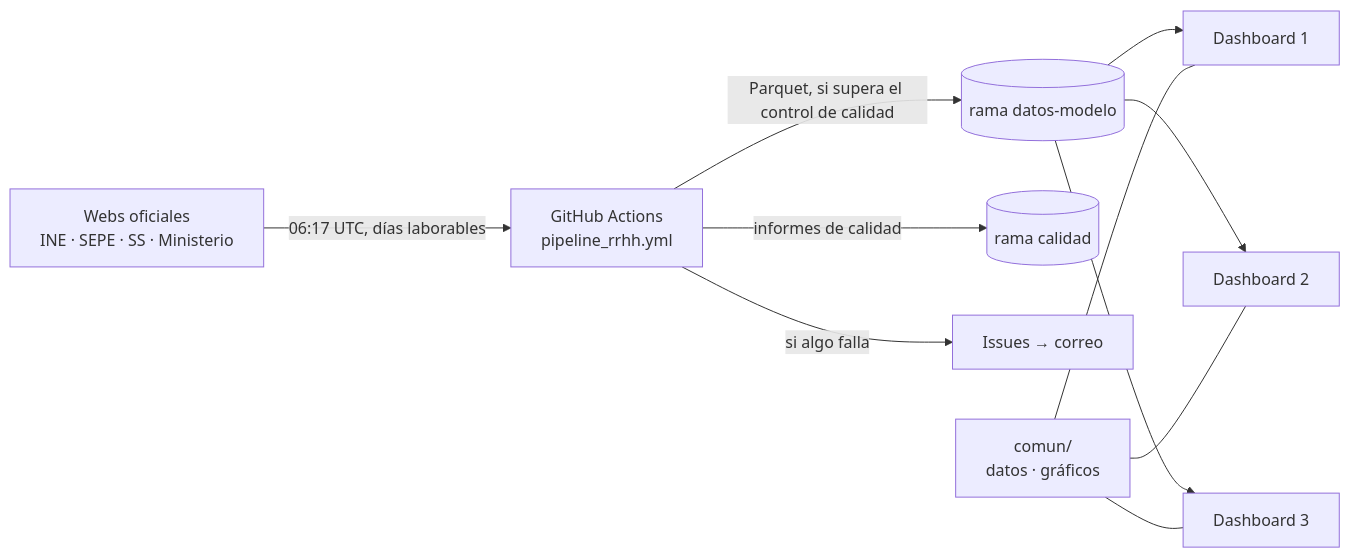
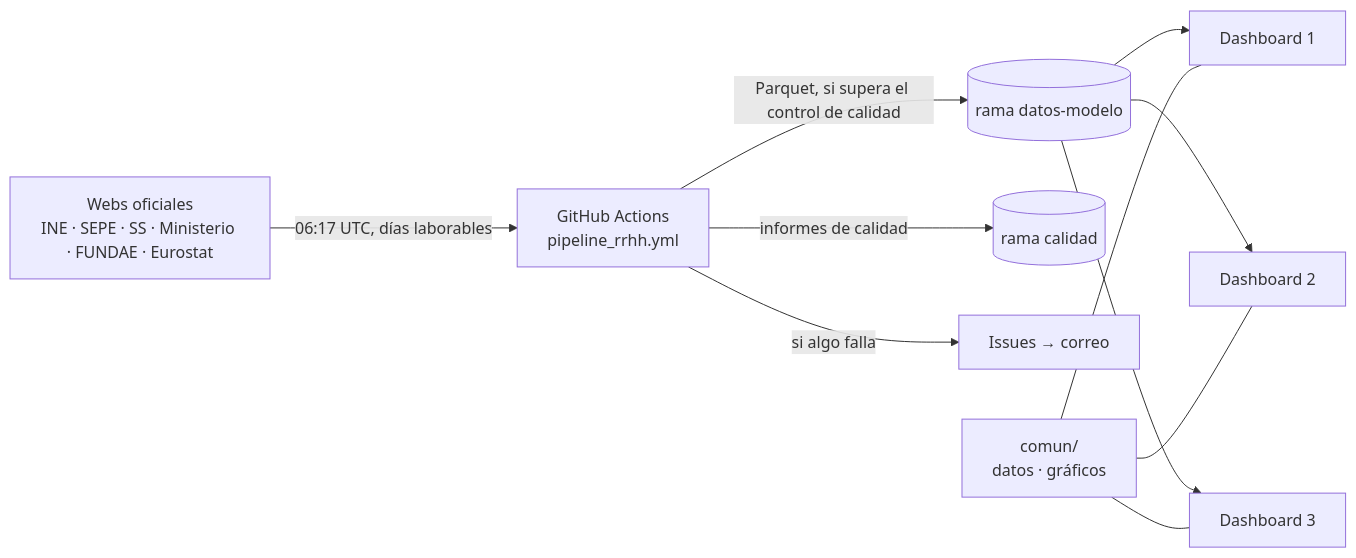
The diagram in README.md (javiermcb/Dashboard_-Espa-a_Empleo), drawn with Mermaid before and after one commit. The commit also changed other lines of this file and 11 other files, not shown here.

````diff
--- a/README.md
+++ b/README.md
@@ -9,9 +9,9 @@
 ```mermaid
 flowchart LR
-  F[Webs oficiales<br>INE · SEPE · SS · Ministerio] -->|06:17 UTC, días laborables| P[GitHub Actions<br>pipeline_rrhh.yml]
+  F[Webs oficiales<br>INE · SEPE · SS · Ministerio · FUNDAE · Eurostat] -->|06:17 UTC, días laborables| P[GitHub Actions<br>pipeline_rrhh.yml]
   P -->|Parquet, si supera el control de calidad| D[(rama datos-modelo)]
   P -->|informes de calidad| C[(rama calidad)]
   P -->|si algo falla| I[Issues → correo]
   D --> A1[Dashboard 1] & A2[Dashboard 2] & A3[Dashboard 3]
   CO[comun/<br>datos · gráficos] --- A1 & A2 & A3
 ```
````
